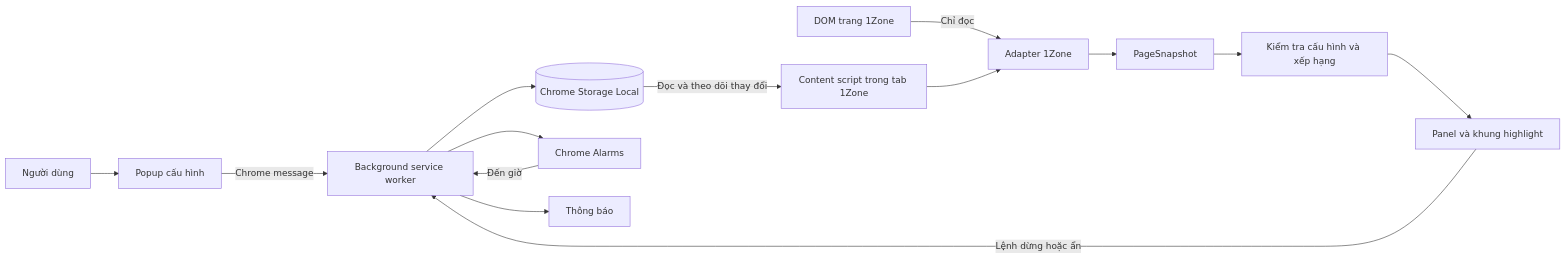
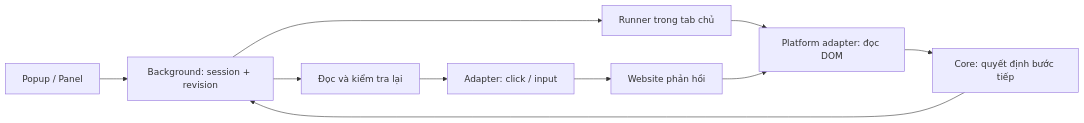
The first of 2 diagrams in docs/CO_CHE_HOAT_DONG.md (Mrnobody102/ticket-sp), drawn with Mermaid before and after one commit. The commit also changed other lines of this file and 38 other files, not shown here.

````diff
--- a/docs/CO_CHE_HOAT_DONG.md
+++ b/docs/CO_CHE_HOAT_DONG.md
@@ -45,16 +15,12 @@
 ```mermaid
 flowchart LR
-    U[Người dùng] --> P[Popup cấu hình]
-    P -->|Chrome message| B[Background service worker]
-    B --> S[(Chrome Storage Local)]
-    B --> A[Chrome Alarms]
-    A -->|Đến giờ| B
-    B --> N[Thông báo]
-    S -->|Đọc và theo dõi thay đổi| C[Content script trong tab 1Zone]
-    D[DOM trang 1Zone] -->|Chỉ đọc| O[Adapter 1Zone]
-    C --> O
-    O --> Q[PageSnapshot]
-    Q --> W[Kiểm tra cấu hình và xếp hạng]
-    W --> V[Panel và khung highlight]
-    V -->|Lệnh dừng hoặc ẩn| B
+  UI[Popup / Panel] --> BG[Background: session + revision]
+  BG --> RUN[Runner trong tab chủ]
+  RUN --> READ[Platform adapter: đọc DOM]
+  READ --> CORE[Core: quyết định bước tiếp]
+  CORE --> BG
+  BG --> VERIFY[Đọc và kiểm tra lại]
+  VERIFY --> EXEC[Adapter: click / input]
+  EXEC --> SITE[Website phản hồi]
+  SITE --> READ
 ```
````
